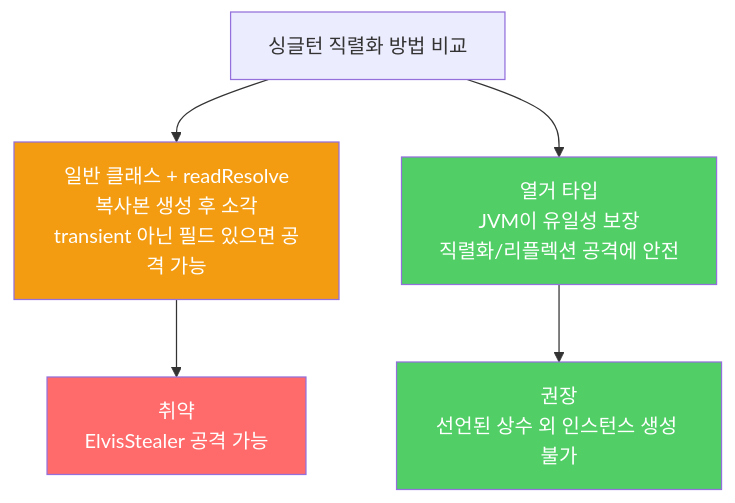
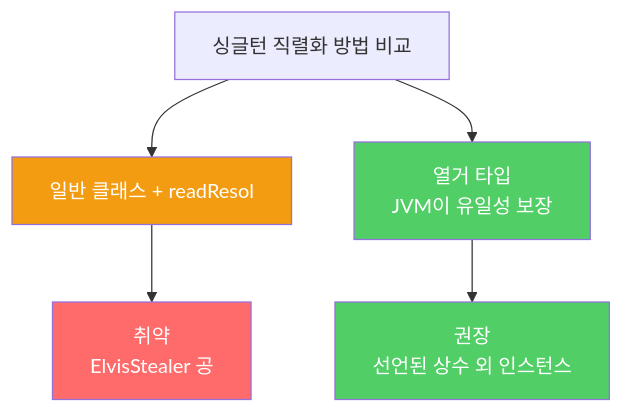
The diagram in _posts/java/2022-03-13-effective-java89.md (yjkim2015/yjkim2015.github.io), drawn with Mermaid before and after one commit. The commit also changed 271 other files, not shown here.

First line of the commit message:
Mermaid 라벨 축소: 긴 노드 텍스트 18자 이하로 트림 + \n 제거

````diff
--- a/_posts/java/2022-03-13-effective-java89.md
+++ b/_posts/java/2022-03-13-effective-java89.md
@@ -103,11 +103,11 @@
 ```mermaid
 graph TD
-    A["싱글턴 직렬화 방법 비교"] --> B["일반 클래스 + readResolve\n복사본 생성 후 소각\ntransient 아닌 필드 있으면 공격 가능"]
-    A --> C["열거 타입\nJVM이 유일성 보장\n직렬화/리플렉션 공격에 안전"]
-    B --> D["취약\nElvisStealer 공격 가능"]
-    C --> E["권장\n선언된 상수 외 인스턴스 생성 불가"]
+    A["싱글턴 직렬화 방법 비교"] --> B["일반 클래스 + readResol"]
+    A --> C["열거 타입\nJVM이 유일성 보장"]
+    B --> D["취약\nElvisStealer 공"]
+    C --> E["권장\n선언된 상수 외 인스턴스"]
     style B fill:#f39c12,color:#fff
     style C fill:#51cf66,color:#fff
     style D fill:#ff6b6b,color:#fff
     style E fill:#51cf66,color:#fff
 ```
````
